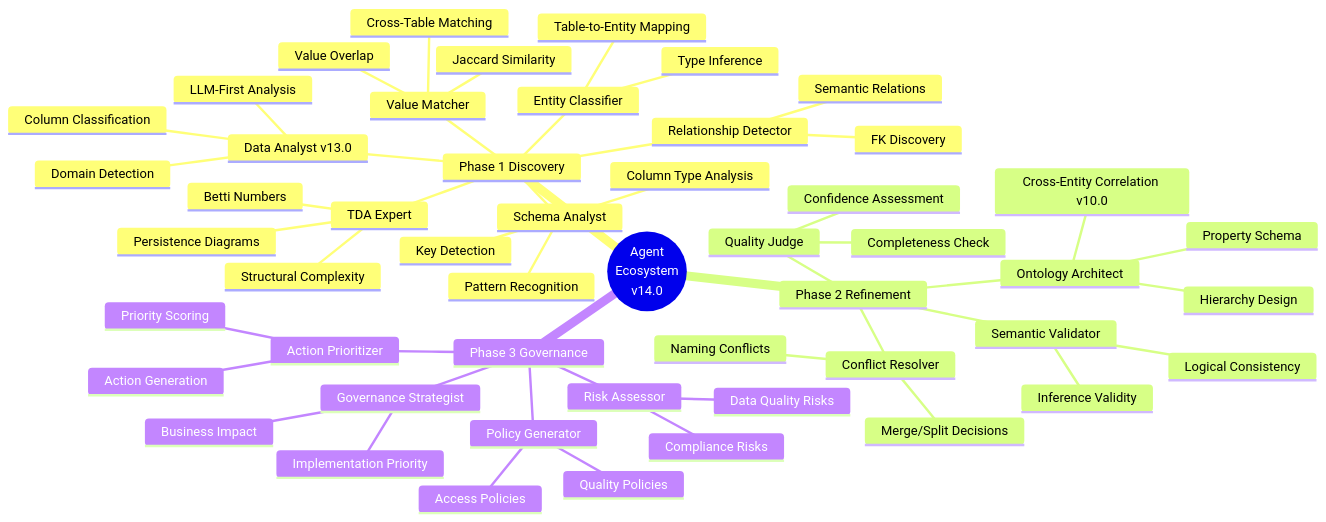
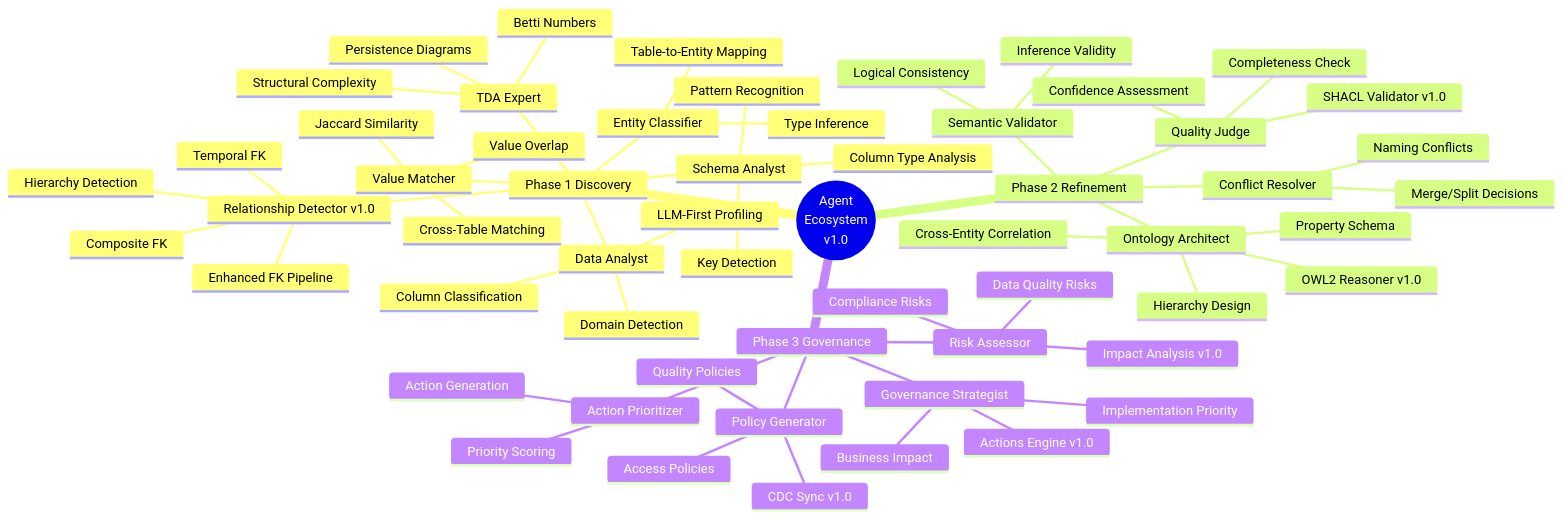
The second of 12 diagrams in docs/diagrams/05-agent-orchestration.md (sabill123/ontology), drawn with Mermaid before and after one commit. The commit also changed other lines of this file and 176 other files, not shown here.

````diff
--- a/docs/diagrams/05-agent-orchestration.md
+++ b/docs/diagrams/05-agent-orchestration.md
@@ -48,54 +55,61 @@
 ```mermaid
 mindmap
-    root((Agent<br/>Ecosystem<br/>v14.0))
+    root((Agent<br/>Ecosystem<br/>v1.0))
         Phase 1 Discovery
-            Data Analyst v13.0
-                LLM-First Analysis
+            Data Analyst
+                LLM-First Profiling
                 Domain Detection
                 Column Classification
             TDA Expert
                 Betti Numbers
                 Persistence Diagrams
                 Structural Complexity
             Schema Analyst
                 Column Type Analysis
                 Key Detection
                 Pattern Recognition
             Value Matcher
                 Value Overlap
                 Cross-Table Matching
                 Jaccard Similarity
             Entity Classifier
                 Table-to-Entity Mapping
                 Type Inference
-            Relationship Detector
-                FK Discovery
-                Semantic Relations
+            Relationship Detector v1.0
+                Enhanced FK Pipeline
+                Composite FK
+                Hierarchy Detection
+                Temporal FK
         Phase 2 Refinement
             Ontology Architect
                 Hierarchy Design
                 Property Schema
-                Cross-Entity Correlation v10.0
+                OWL2 Reasoner v1.0
+                Cross-Entity Correlation
             Quality Judge
                 Completeness Check
                 Confidence Assessment
+                SHACL Validator v1.0
             Semantic Validator
                 Logical Consistency
                 Inference Validity
             Conflict Resolver
                 Naming Conflicts
                 Merge/Split Decisions
         Phase 3 Governance
             Governance Strategist
                 Business Impact
                 Implementation Priority
+                Actions Engine v1.0
             Risk Assessor
                 Data Quality Risks
                 Compliance Risks
+                Impact Analysis v1.0
             Action Prioritizer
                 Action Generation
                 Priority Scoring
             Policy Generator
                 Quality Policies
                 Access Policies
+                CDC Sync v1.0
 ```
````
